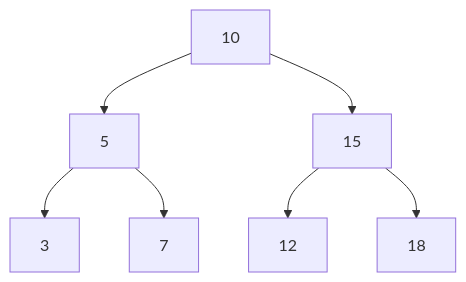
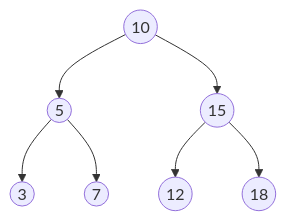
The ninth of 11 diagrams in cst/6binnode/Ex6a3binnode.md (3strategy/BeautifulMivney), drawn with Mermaid before and after one commit. The commit also changed other lines of this file and 3 other files, not shown here.

````diff
--- a/cst/6binnode/Ex6a3binnode.md
+++ b/cst/6binnode/Ex6a3binnode.md
@@ -213,9 +213,9 @@
 ```mermaid
 flowchart TB
-  A[10] --> B[5]
-  A --> C[15]
-  B --> D[3]:::leaf
-  B --> E[7]:::leaf
-  C --> F[12]:::leaf
-  C --> G[18]:::leaf
+  A((10)) --> B((5))
+  A --> C((15))
+  B --> D((3)):::leaf
+  B --> E((7)):::leaf
+  C --> F((12)):::leaf
+  C --> G((18)):::leaf
 ```
````
